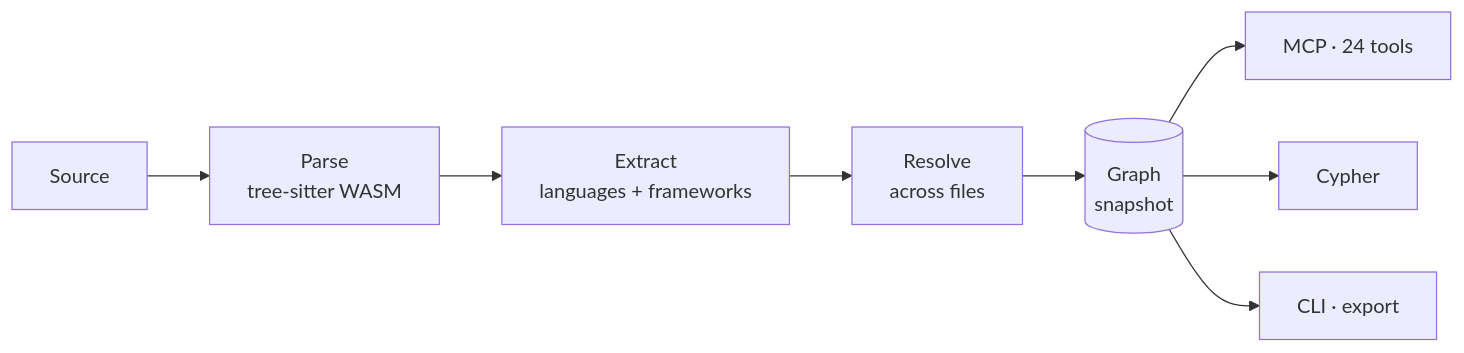
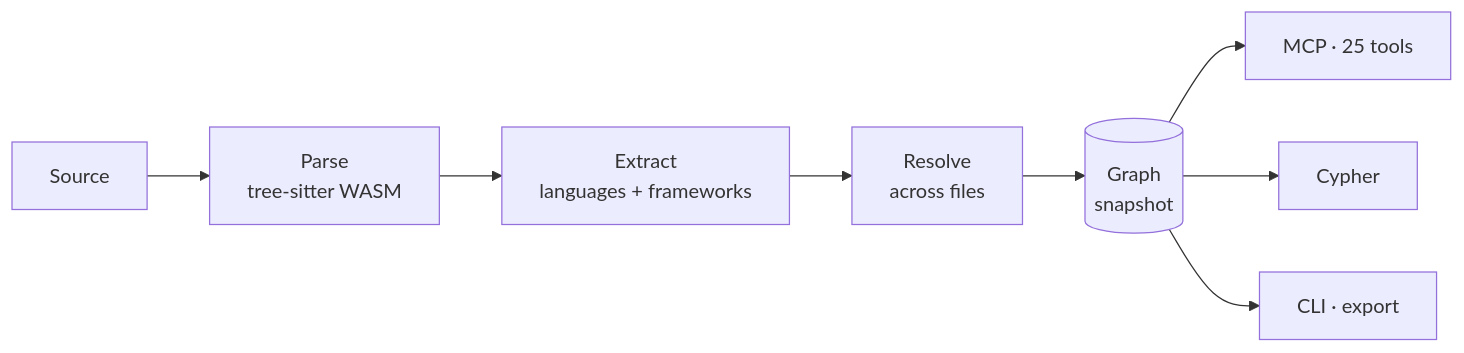
One commit to fatihserhatturan/concentrate changed the diagram in README.md. Above: the diagram before and after it, drawn with Mermaid. The commit also changed other lines of this file and 33 other files, not shown here.

````diff
--- a/README.md
+++ b/README.md
@@ -40,10 +40,10 @@
 ```mermaid
 flowchart LR
   A[Source] --> B[Parse<br/>tree-sitter WASM]
   B --> C[Extract<br/>languages + frameworks]
   C --> D[Resolve<br/>across files]
   D --> E[(Graph<br/>snapshot)]
-  E --> F[MCP · 24 tools]
+  E --> F[MCP · 25 tools]
   E --> G[Cypher]
   E --> H[CLI · export]
 ```
````
